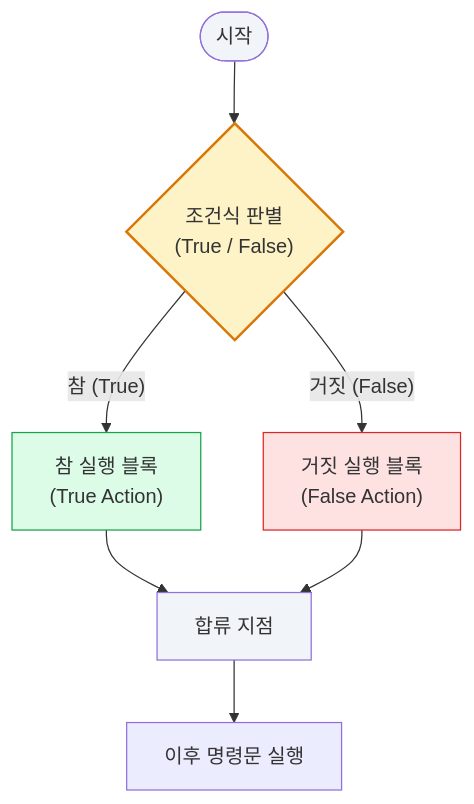
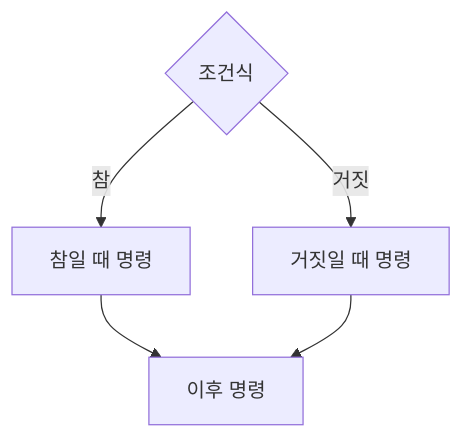
Before and after one commit to phyzikyh/computing: the diagram in 강의교재/week05_lecture.qmd, drawn with Mermaid. The commit also changed other lines of this file and 25 other files, not shown here.

````diff
--- a/강의교재/week05_lecture.qmd
+++ b/강의교재/week05_lecture.qmd
@@ -7,16 +70,9 @@
 ```{mermaid}
-%%| fig-cap: "**그림 5-1.** 조건식에 따른 선택 구조의 흐름"
+%%| echo: false
+%%| fig-cap: "**그림 5-1.** if-else의 두 갈래 흐름"
 flowchart TD
-    START(["시작"]) --> COND{"조건식 판별<br/>(True / False)"}
-    COND -- "참 (True)" --> ACT_TRUE["참 실행 블록<br/>(True Action)"]
-    COND -- "거짓 (False)" --> ACT_FALSE["거짓 실행 블록<br/>(False Action)"]
-    ACT_TRUE --> MERGE["합류 지점"]
-    ACT_FALSE --> MERGE
-    MERGE --> NEXT["이후 명령문 실행"]
-
-    style START fill:#f1f5f9
-    style COND fill:#fef3c7,stroke:#d97706,stroke-width:2px
-    style ACT_TRUE fill:#dcfce7,stroke:#16a34a
-    style ACT_FALSE fill:#fee2e2,stroke:#dc2626
-    style MERGE fill:#f1f5f9
+    A{"조건식"} -->|참| B["참일 때 명령"]
+    A -->|거짓| C["거짓일 때 명령"]
+    B --> D["이후 명령"]
+    C --> D
 ```
````
